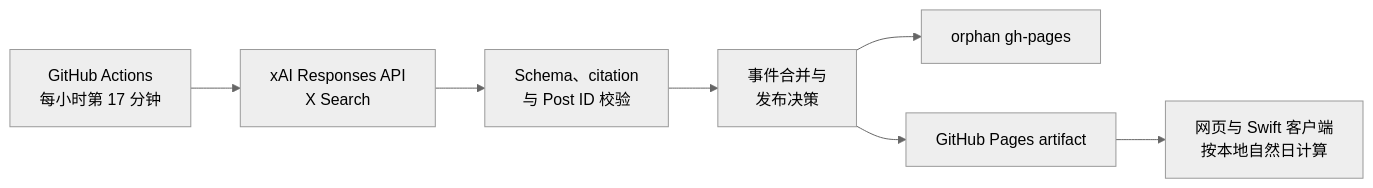
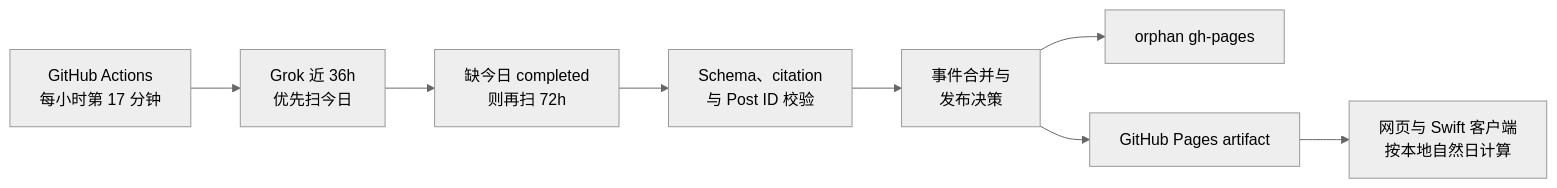
The diagram in api/hasreset/README.md (Licoy/CodexRunway), drawn with Mermaid (neutral theme) before and after one commit. The commit also changed other lines of this file and 11 other files, not shown here.

````diff
--- a/api/hasreset/README.md
+++ b/api/hasreset/README.md
@@ -13,9 +13,10 @@
 ```mermaid
 flowchart LR
-    schedule["GitHub Actions<br/>每小时第 17 分钟"] --> grok["xAI Responses API<br/>X Search"]
-    grok --> verify["Schema、citation<br/>与 Post ID 校验"]
+    schedule["GitHub Actions<br/>每小时第 17 分钟"] --> recent["Grok 近 36h<br/>优先扫今日"]
+    recent --> backfill["缺今日 completed<br/>则再扫 72h"]
+    backfill --> verify["Schema、citation<br/>与 Post ID 校验"]
     verify --> state["事件合并与<br/>发布决策"]
     state --> branch["orphan gh-pages"]
     state --> pages["GitHub Pages artifact"]
     pages --> clients["网页与 Swift 客户端<br/>按本地自然日计算"]
 ```
````
